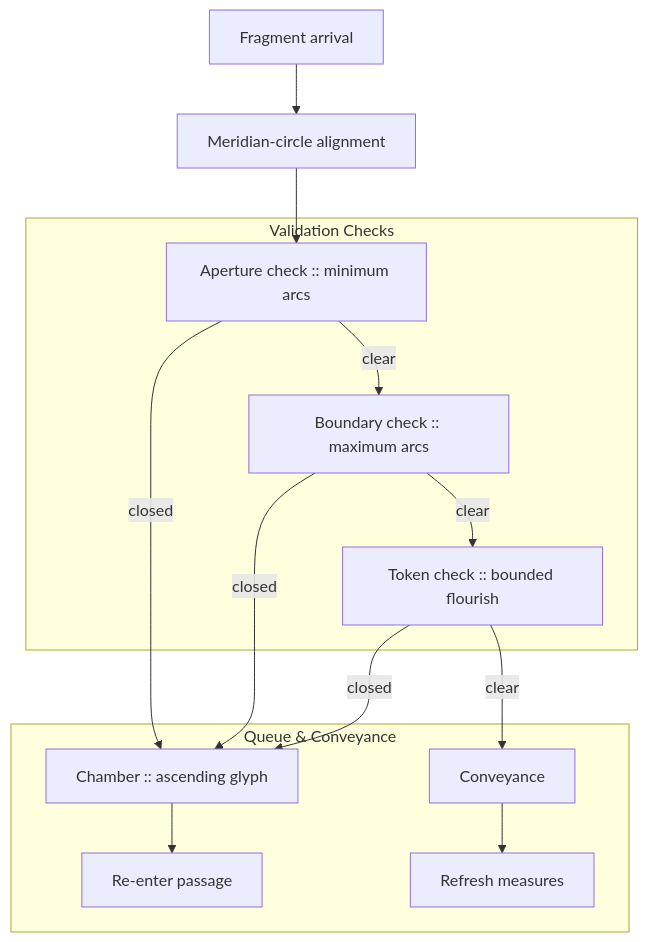
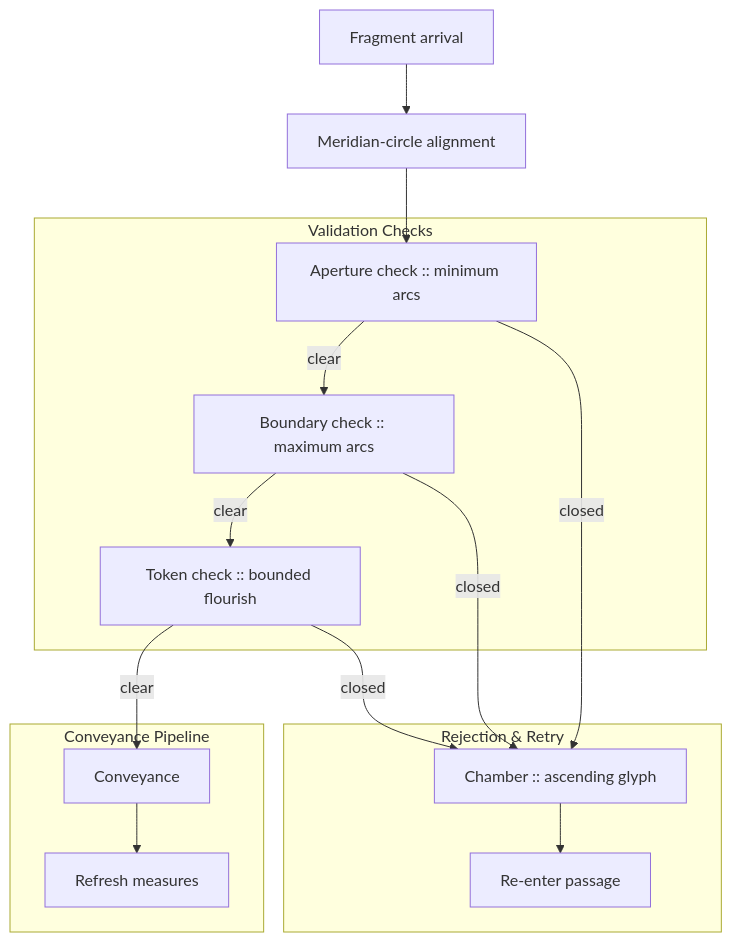
One commit to ormasoftchile/triton changed the diagram in examples/triton/layout-samples/sample-19-validation-ladder-pipeline.mmd. Above: the diagram before and after it, drawn with Mermaid. The commit also changed 8 other files, not shown here.

Commit message:
fix(flowchart): prioritize structural edges in rank assignment and align cross-subgraph tiers [version:patch]

```diff
--- a/examples/triton/layout-samples/sample-19-validation-ladder-pipeline.mmd
+++ b/examples/triton/layout-samples/sample-19-validation-ladder-pipeline.mmd
@@ -1,21 +1,24 @@
 flowchart TD
   request["Fragment arrival"] --> group["Meridian-circle alignment"]
+
+  subgraph handling_reject [Rejection & Retry]
+    queue["Chamber :: ascending glyph"] --> retry["Re-enter passage"]
+  end
 
   subgraph ladder [Validation Checks]
     reservation["Aperture check :: minimum arcs"]
     limit["Boundary check :: maximum arcs"]
     credit["Token check :: bounded flourish"]
     reservation -->|clear| limit
     limit -->|clear| credit
   end
 
-  subgraph handling [Queue & Conveyance]
-    queue["Chamber :: ascending glyph"] --> retry["Re-enter passage"]
+  subgraph handling_dispatch [Conveyance Pipeline]
     dispatch["Conveyance"] --> stats["Refresh measures"]
   end
 
   group --> reservation
   reservation -->|closed| queue
   limit -->|closed| queue
   credit -->|closed| queue
   credit -->|clear| dispatch
```
